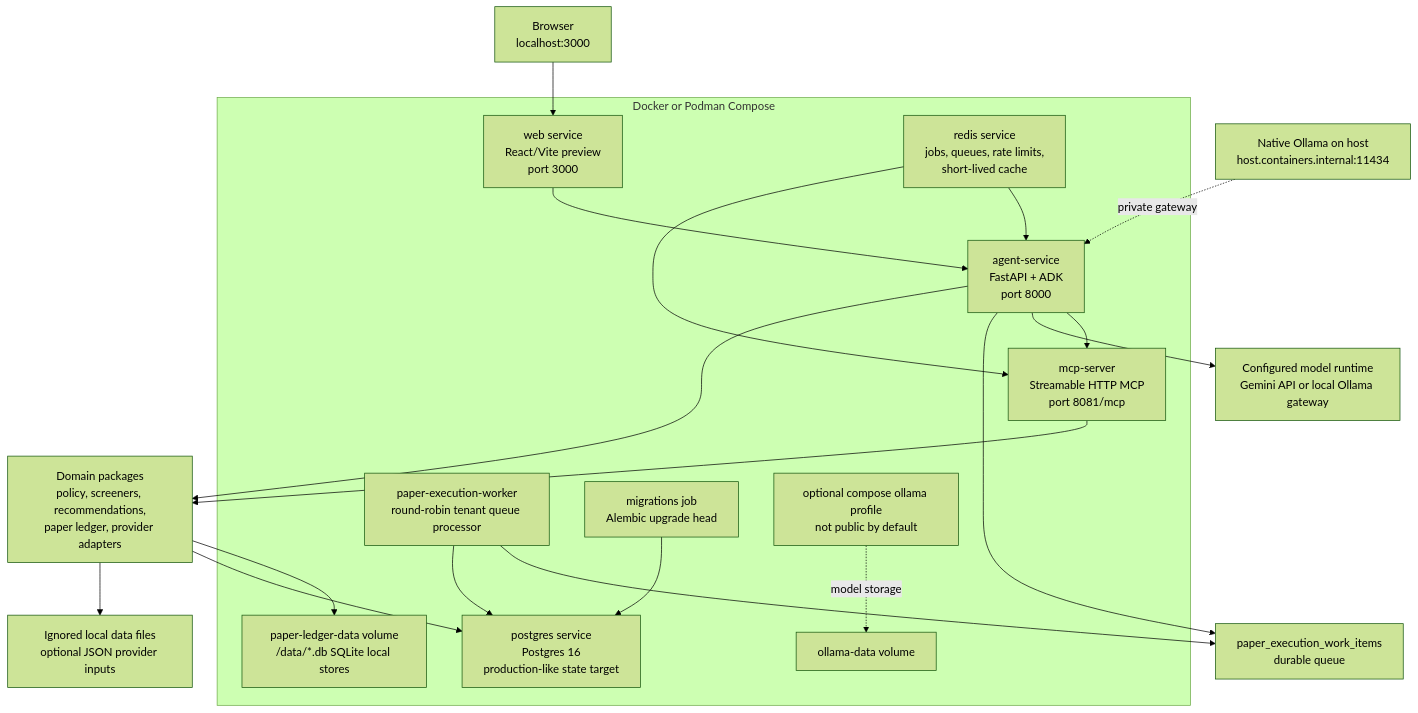
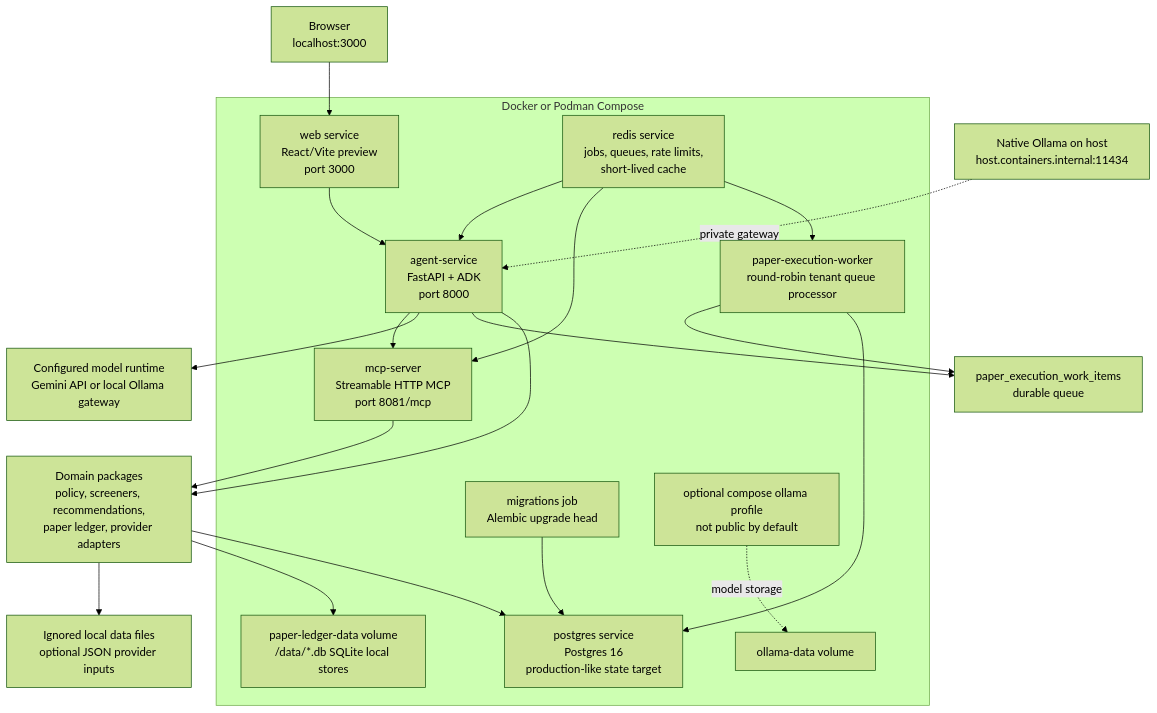
The second of 2 diagrams in README.md (vinay-raghavan/portfolio-management-agentic), drawn with Mermaid (forest theme) before and after one commit. The commit also changed other lines of this file and 12 other files, not shown here.

Commit message:
Persist paper worker schedule state in Redis (#95)

````diff
--- a/README.md
+++ b/README.md
@@ -225,33 +226,34 @@
 ```mermaid
 flowchart TB
     Browser["Browser<br/>localhost:3000"] --> Web["web service<br/>React/Vite preview<br/>port 3000"]
     Web --> Agent["agent-service<br/>FastAPI + ADK<br/>port 8000"]
     Agent --> MCP["mcp-server<br/>Streamable HTTP MCP<br/>port 8081/mcp"]
     Agent --> Model["Configured model runtime<br/>Gemini API or local Ollama gateway"]
     Agent --> PaperQueue["paper_execution_work_items<br/>durable queue"]
     PaperWorker["paper-execution-worker<br/>round-robin tenant queue processor"] --> PaperQueue
     PaperWorker --> Postgres
     MCP --> Domain["Domain packages<br/>policy, screeners, recommendations,<br/>paper ledger, provider adapters"]
     Agent --> Domain
     Domain --> Volume["paper-ledger-data volume<br/>/data/*.db SQLite local stores"]
     Domain --> Postgres["postgres service<br/>Postgres 16<br/>production-like state target"]
     Migrations["migrations job<br/>Alembic upgrade head"] --> Postgres
     Redis["redis service<br/>jobs, queues, rate limits,<br/>short-lived cache"] --> Agent
     Redis --> MCP
+    Redis --> PaperWorker
     Domain --> LocalData["Ignored local data files<br/>optional JSON provider inputs"]
     NativeOllama["Native Ollama on host<br/>host.containers.internal:11434"] -. "private gateway" .-> Agent
     OllamaProfile["optional compose ollama profile<br/>not public by default"] -. "model storage" .-> OllamaVolume["ollama-data volume"]
 
     subgraph Compose["Docker or Podman Compose"]
         Web
         Agent
         PaperWorker
         MCP
         Migrations
         Redis
         Volume
         Postgres
         OllamaProfile
         OllamaVolume
     end
 ```
````
